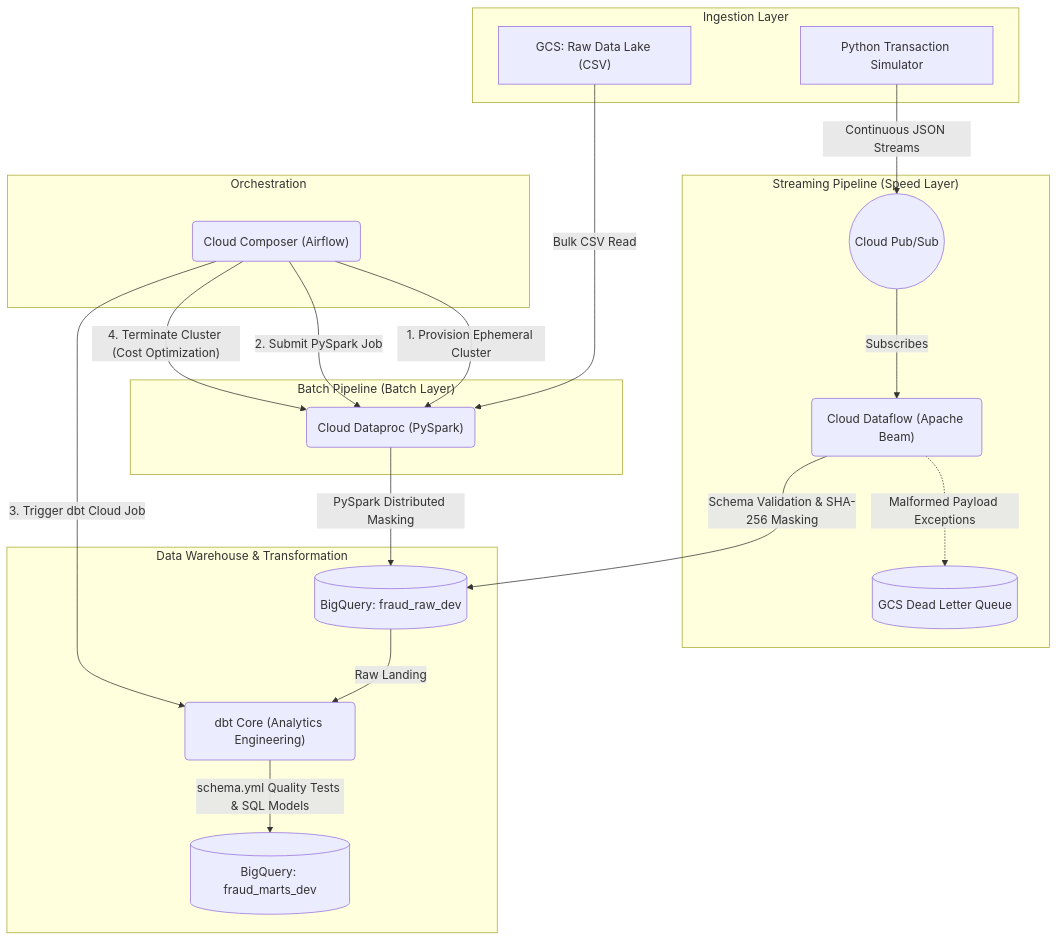
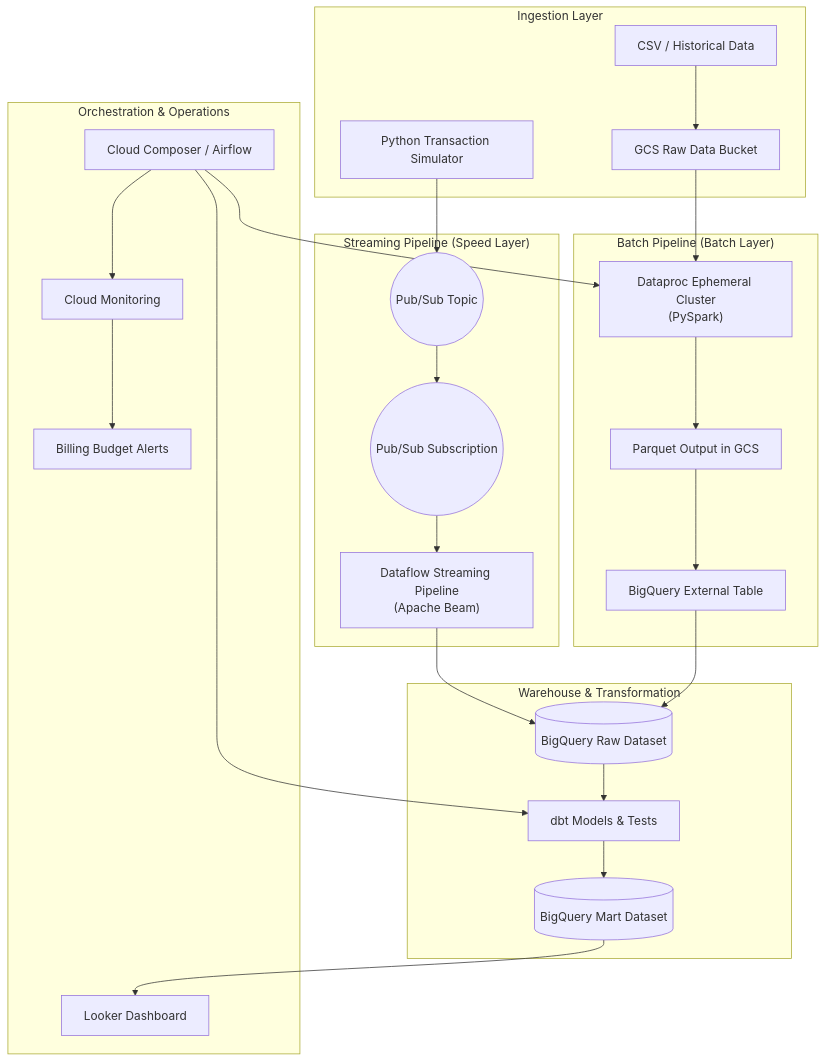
The diagram in README.md (rishikesh199/gcp-fraud-detection-engine), drawn with Mermaid before and after one commit. The commit also changed other lines of this file, not shown here.

````diff
--- a/README.md
+++ b/README.md
@@ -14,43 +62,53 @@
 ```mermaid
 flowchart TD
     subgraph "Ingestion Layer"
-        G["Python Transaction Simulator"]
-        GCS["GCS: Raw Data Lake (CSV)"]
+        GEN["Python Transaction Simulator"]
+        CSV["CSV / Historical Data"]
+        GCSRAW["GCS Raw Data Bucket"]
     end
 
     subgraph "Streaming Pipeline (Speed Layer)"
-        PS(("Cloud Pub/Sub"))
-        DF("Cloud Dataflow (Apache Beam)")
-        DLQ[("GCS Dead Letter Queue")]
+        TOPIC(("Pub/Sub Topic"))
+        SUB(("Pub/Sub Subscription"))
+        DF["Dataflow Streaming Pipeline\n(Apache Beam)"]
     end
 
     subgraph "Batch Pipeline (Batch Layer)"
-        DP("Cloud Dataproc (PySpark)")
+        DP["Dataproc Ephemeral Cluster\n(PySpark)"]
+        PARQ["Parquet Output in GCS"]
+        EXT["BigQuery External Table"]
     end
 
-    subgraph "Data Warehouse & Transformation"
-        BQ_RAW[("BigQuery: fraud_raw_dev")]
-        DBT("dbt Core (Analytics Engineering)")
-        BQ_MART[("BigQuery: fraud_marts_dev")]
+    subgraph "Warehouse & Transformation"
+        BQRAW[("BigQuery Raw Dataset")]
+        DBT["dbt Models & Tests"]
+        BQMART[("BigQuery Mart Dataset")]
     end
 
-    subgraph "Orchestration"
-        CC("Cloud Composer (Airflow)")
+    subgraph "Orchestration & Operations"
+        COMPOSER["Cloud Composer / Airflow"]
+        MON["Cloud Monitoring"]
+        BUDGET["Billing Budget Alerts"]
+        LOOKER["Looker Dashboard"]
     end
 
-    G -->|"Continuous JSON Streams"| PS
-    PS -->|"Subscribes"| DF
-    DF -->|"Schema Validation & SHA-256 Masking"| BQ_RAW
-    DF -.->|"Malformed Payload Exceptions"| DLQ
-    
-    GCS -->|"Bulk CSV Read"| DP
-    DP -->|"PySpark Distributed Masking"| BQ_RAW
-    
-    BQ_RAW -->|"Raw Landing"| DBT
-    DBT -->|"schema.yml Quality Tests & SQL Models"| BQ_MART
-    
-    CC -->|"1. Provision Ephemeral Cluster"| DP
-    CC -->|"2. Submit PySpark Job"| DP
-    CC -->|"3. Trigger dbt Cloud Job"| DBT
-    CC -->|"4. Terminate Cluster (Cost Optimization)"| DP
+    GEN --> TOPIC
+    TOPIC --> SUB
+    SUB --> DF
+    DF --> BQRAW
+
+    CSV --> GCSRAW
+    GCSRAW --> DP
+    DP --> PARQ
+    PARQ --> EXT
+    EXT --> BQRAW
+
+    BQRAW --> DBT
+    DBT --> BQMART
+    BQMART --> LOOKER
+
+    COMPOSER --> DP
+    COMPOSER --> DBT
+    COMPOSER --> MON
+    MON --> BUDGET
 ```
````
